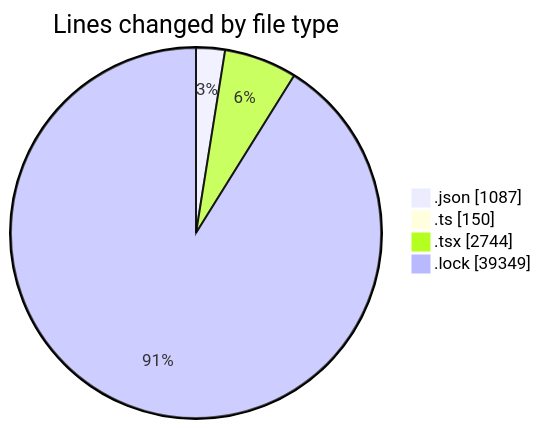
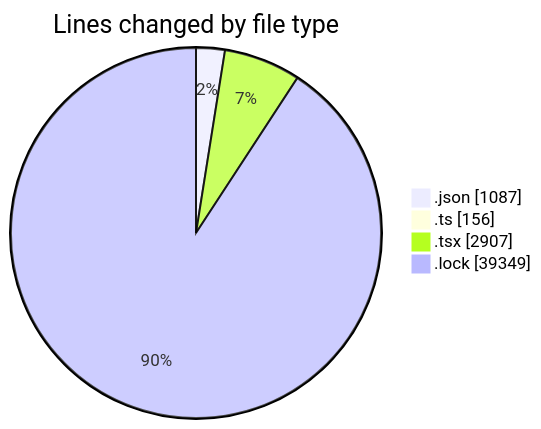
The first of 2 diagrams in 2025-05-07/cda/README.md (momahboobian/code-tracking), drawn with Mermaid before and after one commit. The commit also changed other lines of this file and 1 other file, not shown here.

````diff
--- a/2025-05-07/cda/README.md
+++ b/2025-05-07/cda/README.md
@@ -55,8 +57,8 @@
 ```mermaid
 pie showData
 title Lines changed by file type
 ".json" : 1087
-".ts" : 150
-".tsx" : 2744
+".ts" : 156
+".tsx" : 2907
 ".lock" : 39349
 ```
````
